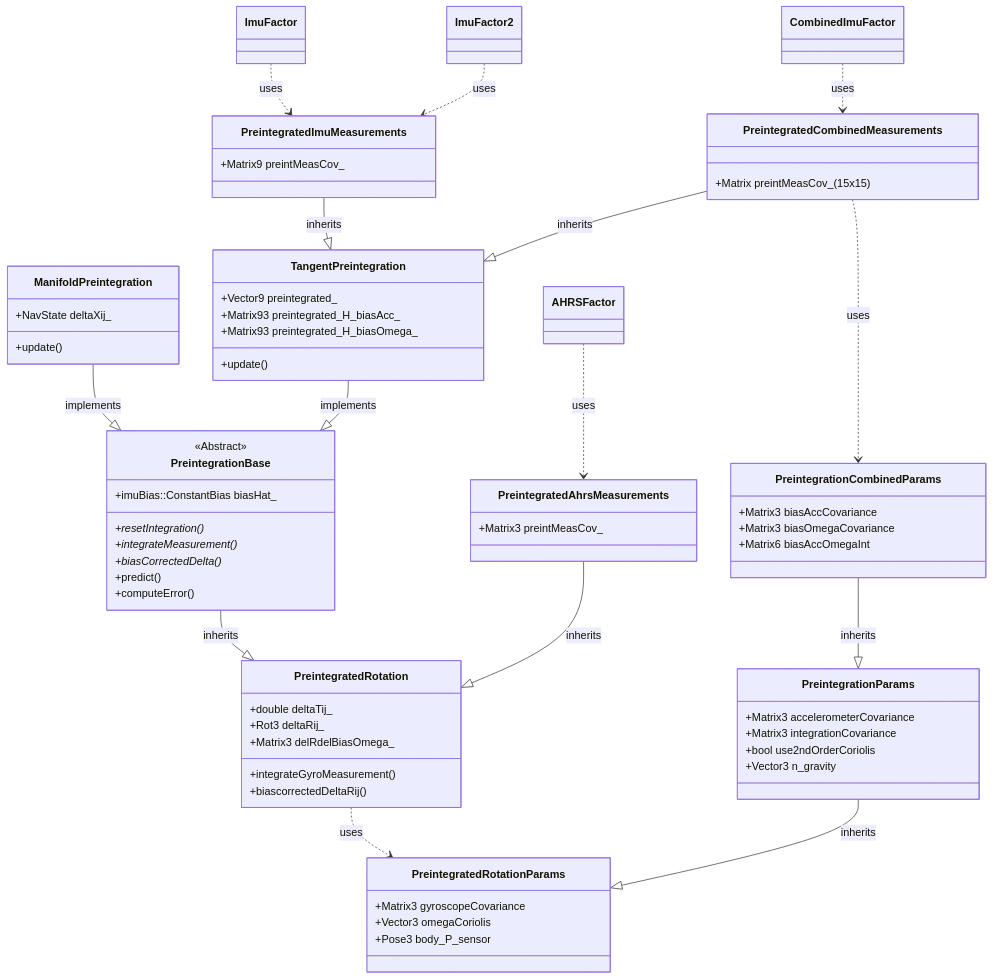
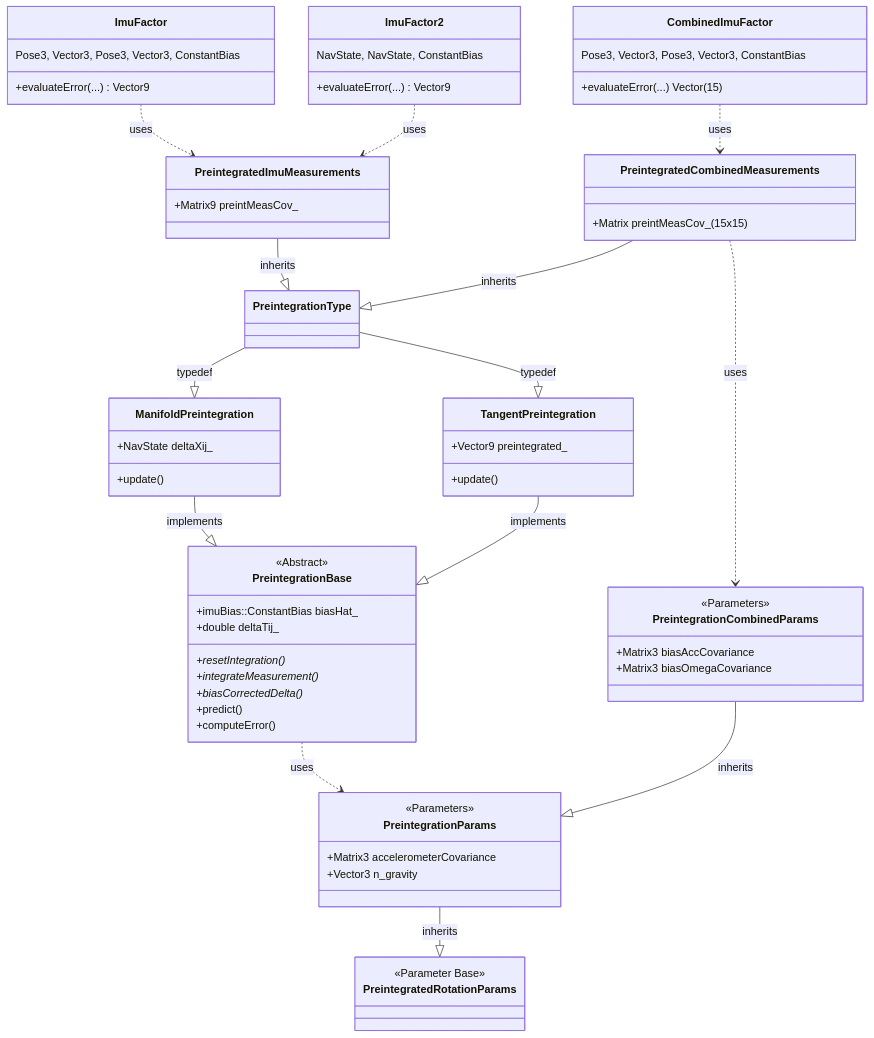
The second of 2 diagrams in gtsam/navigation/navigation.md (zhexin1904/gtsam_personal), drawn with Mermaid before and after one commit. The commit also changed other lines of this file, not shown here.

Commit message:
Split AHRS and IMU overviews

````diff
--- a/gtsam/navigation/navigation.md
+++ b/gtsam/navigation/navigation.md
@@ -44,44 +94,33 @@
     direction TD
 
     class PreintegratedRotationParams {
-        +Matrix3 gyroscopeCovariance
-        +Vector3 omegaCoriolis
-        +Pose3 body_P_sensor
+     <<Parameter Base>>
     }
     class PreintegrationParams {
-        +Matrix3 accelerometerCovariance
-        +Matrix3 integrationCovariance
-        +bool use2ndOrderCoriolis
-        +Vector3 n_gravity
+     <<Parameters>>
+     +Matrix3 accelerometerCovariance
+     +Vector3 n_gravity
     }
     PreintegrationParams --|> PreintegratedRotationParams : inherits
 
     class PreintegrationCombinedParams {
-        +Matrix3 biasAccCovariance
-        +Matrix3 biasOmegaCovariance
-        +Matrix6 biasAccOmegaInt
+     <<Parameters>>
+     +Matrix3 biasAccCovariance
+     +Matrix3 biasOmegaCovariance
     }
     PreintegrationCombinedParams --|> PreintegrationParams : inherits
-
-    class PreintegratedRotation {
-        +double deltaTij_
-        +Rot3 deltaRij_
-        +Matrix3 delRdelBiasOmega_
-        +integrateGyroMeasurement()
-        +biascorrectedDeltaRij()
-    }
-    PreintegratedRotation ..> PreintegratedRotationParams : uses
 
     class PreintegrationBase {
         <<Abstract>>
         +imuBias::ConstantBias biasHat_
+        +double deltaTij_
         +resetIntegration()*
         +integrateMeasurement()*
         +biasCorrectedDelta()*
         +predict()
         +computeError()
     }
-    PreintegrationBase --|> PreintegratedRotation : inherits
+    PreintegrationBase ..> PreintegrationParams : uses
 
     class ManifoldPreintegration {
         +NavState deltaXij_
@@ -91,43 +130,41 @@
 
     class TangentPreintegration {
         +Vector9 preintegrated_
-        +Matrix93 preintegrated_H_biasAcc_
-        +Matrix93 preintegrated_H_biasOmega_
         +update()
     }
     TangentPreintegration --|> PreintegrationBase : implements
 
-    class PreintegratedAhrsMeasurements {
-       +Matrix3 preintMeasCov_
-    }
-    PreintegratedAhrsMeasurements --|> PreintegratedRotation : inherits
-
-    %% Assuming PreintegrationType is TangentPreintegration for example %%
-    %% Change TangentPreintegration to ManifoldPreintegration if needed %%
-    PreintegratedImuMeasurements --|> TangentPreintegration : inherits
     class PreintegratedImuMeasurements {
         +Matrix9 preintMeasCov_
     }
+    PreintegratedImuMeasurements --|> PreintegrationType : inherits
 
-    PreintegratedCombinedMeasurements --|> TangentPreintegration : inherits
     class PreintegratedCombinedMeasurements {
        +Matrix preintMeasCov_ (15x15)
     }
+    PreintegratedCombinedMeasurements --|> PreintegrationType : inherits
     PreintegratedCombinedMeasurements ..> PreintegrationCombinedParams : uses
 
+    class PreintegrationType{
+    }
+    PreintegrationType --|> ManifoldPreintegration : typedef
+    PreintegrationType --|> TangentPreintegration : typedef
+
     class ImuFactor {
+        Pose3, Vector3, Pose3, Vector3, ConstantBias
+        +evaluateError(...) Vector9
     }
     ImuFactor ..> PreintegratedImuMeasurements : uses
-
     class ImuFactor2 {
+        NavState, NavState, ConstantBias
+        +evaluateError(...) Vector9
     }
     ImuFactor2 ..> PreintegratedImuMeasurements : uses
 
+
     class CombinedImuFactor {
+        Pose3, Vector3, Pose3, Vector3, ConstantBias
+         +evaluateError(...) Vector (15)
     }
     CombinedImuFactor ..> PreintegratedCombinedMeasurements : uses
-
-    class AHRSFactor {
-    }
-    AHRSFactor ..> PreintegratedAhrsMeasurements : uses
 ```
````
